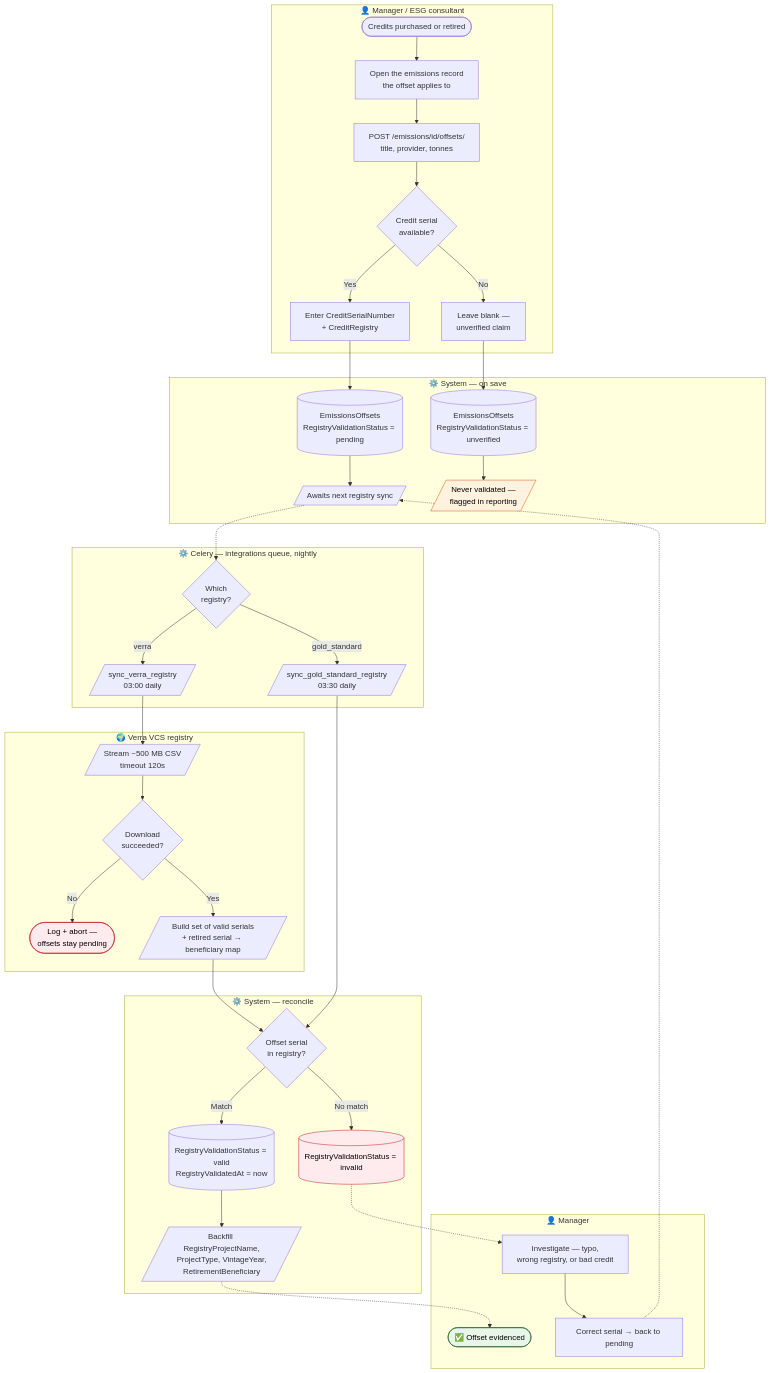
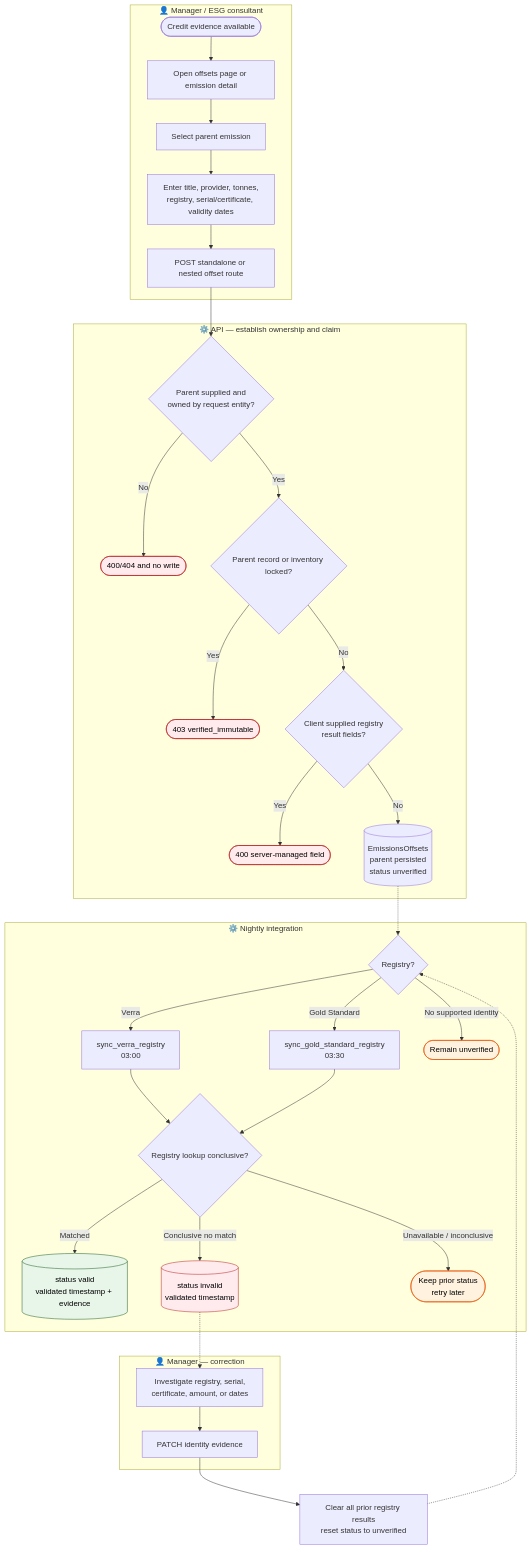
The first of 3 diagrams in docs/diagrams/bpmn/04-carbon-credit-mrv.md (Software-Lifecycle-Consultants/SusDevOS-Pro), drawn with Mermaid before and after one commit. The commit also changed other lines of this file and 13 other files, not shown here.

First line of the commit message:
docs: update stories and diagrams for the inventory lifecycle

````diff
--- a/docs/diagrams/bpmn/04-carbon-credit-mrv.md
+++ b/docs/diagrams/bpmn/04-carbon-credit-mrv.md
@@ -11,51 +14,47 @@
 ```mermaid
 flowchart TB
     subgraph L1["👤 Manager / ESG consultant"]
-        A([Credits purchased or retired]) --> B[Open the emissions record<br/>the offset applies to]
-        B --> C[POST /emissions/id/offsets/<br/>title, provider, tonnes]
-        C --> D{"Credit serial<br/>available?"}
-        D -->|"Yes"| E[Enter CreditSerialNumber<br/>+ CreditRegistry]
-        D -->|"No"| F[Leave blank —<br/>unverified claim]
+        A([Credit evidence available]) --> B[Open offsets page or emission detail]
+        B --> C[Select parent emission]
+        C --> D[Enter title, provider, tonnes,<br/>registry, serial/certificate, validity dates]
+        D --> E[POST standalone or nested offset route]
     end
 
-    subgraph L2["⚙️ System — on save"]
-        E --> G[("EmissionsOffsets<br/>RegistryValidationStatus = pending")]
-        F --> H[("EmissionsOffsets<br/>RegistryValidationStatus = unverified")]
-        G --> I[/"Awaits next registry sync"/]
-        H --> J[/"Never validated —<br/>flagged in reporting"/]
+    subgraph L2["⚙️ API — establish ownership and claim"]
+        E --> F{"Parent supplied and<br/>owned by request entity?"}
+        F -->|"No"| F1([400/404 and no write])
+        F -->|"Yes"| G{"Parent record or inventory locked?"}
+        G -->|"Yes"| G1([403 verified_immutable])
+        G -->|"No"| H{"Client supplied registry<br/>result fields?"}
+        H -->|"Yes"| H1([400 server-managed field])
+        H -->|"No"| I[(EmissionsOffsets<br/>parent persisted<br/>status unverified)]
     end
 
-    subgraph L3["⚙️ Celery — integrations queue, nightly"]
-        I -.-> K{"Which<br/>registry?"}
-        K -->|"verra"| L[/"sync_verra_registry<br/>03:00 daily"/]
-        K -->|"gold_standard"| M[/"sync_gold_standard_registry<br/>03:30 daily"/]
+    subgraph L3["⚙️ Nightly integration"]
+        I -.-> J{"Registry?"}
+        J -->|"Verra"| K[sync_verra_registry<br/>03:00]
+        J -->|"Gold Standard"| L[sync_gold_standard_registry<br/>03:30]
+        J -->|"No supported identity"| M([Remain unverified])
+        K --> N{"Registry lookup conclusive?"}
+        L --> N
+        N -->|"Matched"| O[(status valid<br/>validated timestamp + evidence)]
+        N -->|"Conclusive no match"| P[(status invalid<br/>validated timestamp)]
+        N -->|"Unavailable / inconclusive"| Q([Keep prior status<br/>retry later])
     end
 
-    subgraph L4["🌍 Verra VCS registry"]
-        L --> N[/"Stream ~500 MB CSV<br/>timeout 120s"/]
-        N --> O{"Download<br/>succeeded?"}
-        O -->|"No"| P([Log + abort —<br/>offsets stay pending])
-        O -->|"Yes"| Q[/"Build set of valid serials<br/>+ retired serial → beneficiary map"/]
+    subgraph L4["👤 Manager — correction"]
+        P -.-> R[Investigate registry, serial,<br/>certificate, amount, or dates]
+        R --> S[PATCH identity evidence]
     end
 
-    subgraph L5["⚙️ System — reconcile"]
-        Q --> R{"Offset serial<br/>in registry?"}
-        M --> R
-        R -->|"Match"| S[("RegistryValidationStatus = valid<br/>RegistryValidatedAt = now")]
-        R -->|"No match"| T[("RegistryValidationStatus = invalid")]
-        S --> U[/"Backfill RegistryProjectName,<br/>ProjectType, VintageYear,<br/>RetirementBeneficiary"/]
-    end
+    S --> T[Clear all prior registry results<br/>reset status to unverified]
+    T -.-> J
 
-    subgraph L6["👤 Manager"]
-        U -.-> V([✅ Offset evidenced])
-        T -.-> W[Investigate — typo,<br/>wrong registry, or bad credit]
-        W --> X[Correct serial → back to pending]
-    end
-
-    X -.-> I
-
+    style F1 fill:#ffebee,stroke:#b71c1c,color:#000
+    style G1 fill:#ffebee,stroke:#b71c1c,color:#000
+    style H1 fill:#ffebee,stroke:#b71c1c,color:#000
+    style M fill:#fff3e0,stroke:#e65100,color:#000
     style P fill:#ffebee,stroke:#b71c1c,color:#000
-    style T fill:#ffebee,stroke:#b71c1c,color:#000
-    style V fill:#e8f5e9,stroke:#1b5e20,color:#000
-    style J fill:#fff3e0,stroke:#e65100,color:#000
+    style Q fill:#fff3e0,stroke:#e65100,color:#000
+    style O fill:#e8f5e9,stroke:#1b5e20,color:#000
 ```
````
